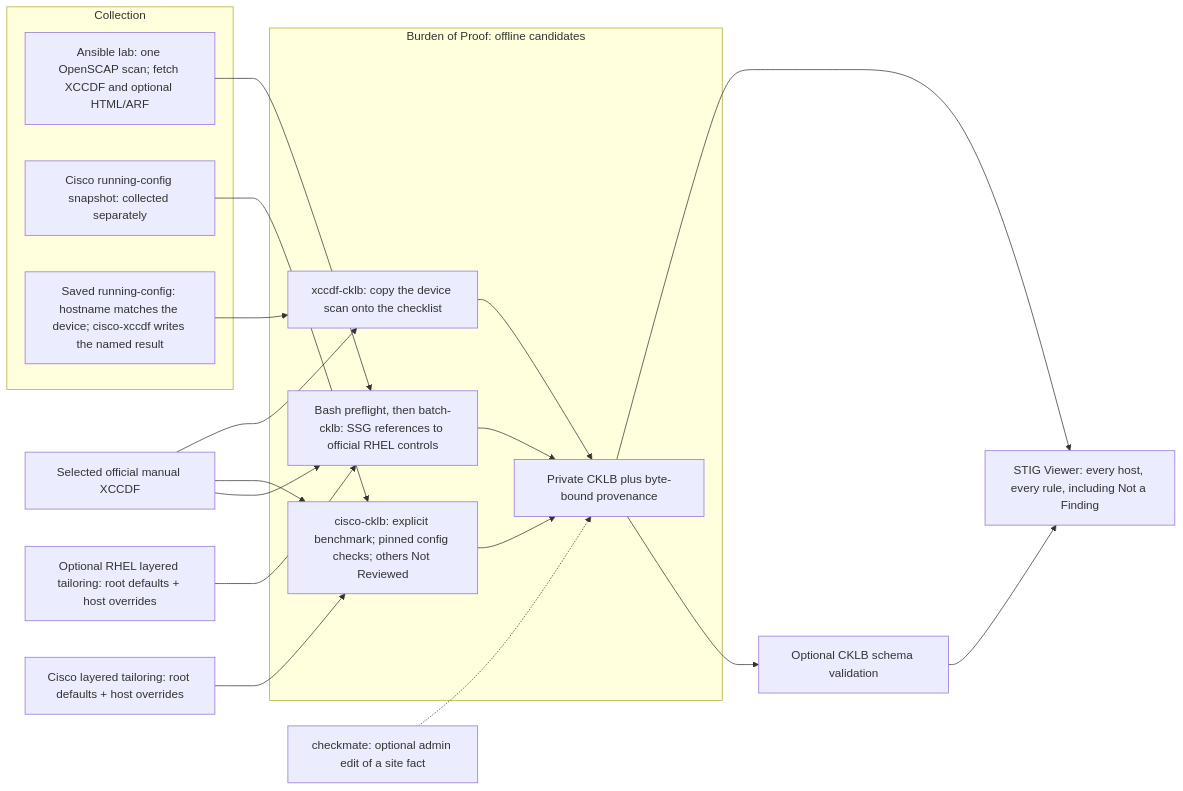
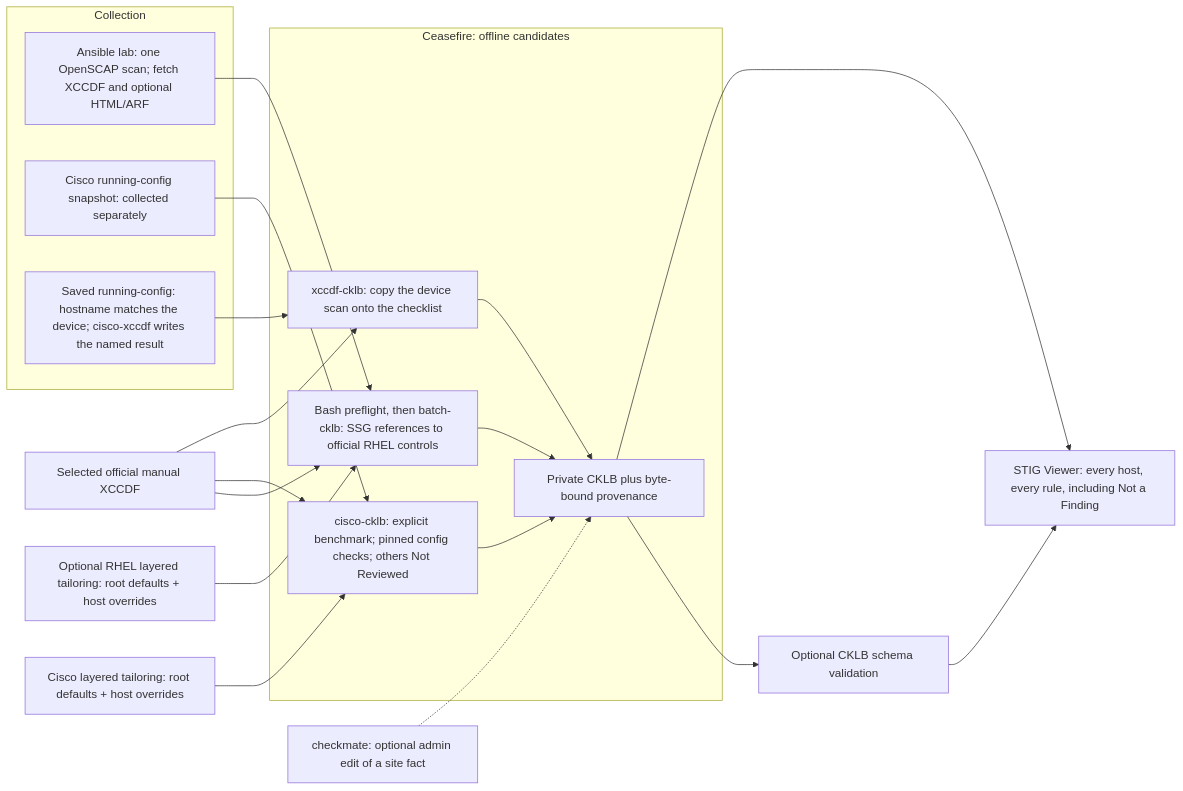
The diagram in README.md (zcook44/burden-of-proof), drawn with Mermaid before and after one commit. The commit also changed other lines of this file and 12 other files, not shown here.

````diff
--- a/README.md
+++ b/README.md
@@ -30,29 +34,29 @@
 ```mermaid
 flowchart LR
     subgraph SOURCES["Collection"]
         lab["Ansible lab: one OpenSCAP scan; fetch XCCDF and optional HTML/ARF"]
         config["Cisco running-config snapshot: collected separately"]
         netscan["Saved running-config: hostname matches the device; cisco-xccdf writes the named result"]
     end
-    subgraph CONVERSION["Burden of Proof: offline candidates"]
+    subgraph CONVERSION["Ceasefire: offline candidates"]
         rhel["Bash preflight, then batch-cklb: SSG references to official RHEL controls"]
         cisco["cisco-cklb: explicit benchmark; pinned config checks; others Not Reviewed"]
         xccdf["xccdf-cklb: copy the device scan onto the checklist"]
         candidate["Private CKLB plus byte-bound provenance"]
         rhel --> candidate
         cisco --> candidate
         xccdf --> candidate
     end
     lab --> rhel
     config --> cisco
     netscan --> xccdf
     benchmark["Selected official manual XCCDF"] --> rhel
     benchmark --> cisco
     benchmark --> xccdf
     osPolicy["Optional RHEL layered tailoring: root defaults + host overrides"] --> rhel
     ciscoPolicy["Cisco layered tailoring: root defaults + host overrides"] --> cisco
     candidate --> schema["Optional CKLB schema validation"]
     candidate --> viewer["STIG Viewer: every host, every rule, including Not a Finding"]
     editor["checkmate: optional admin edit of a site fact"] -.-> candidate
     schema --> viewer
 ```
````
